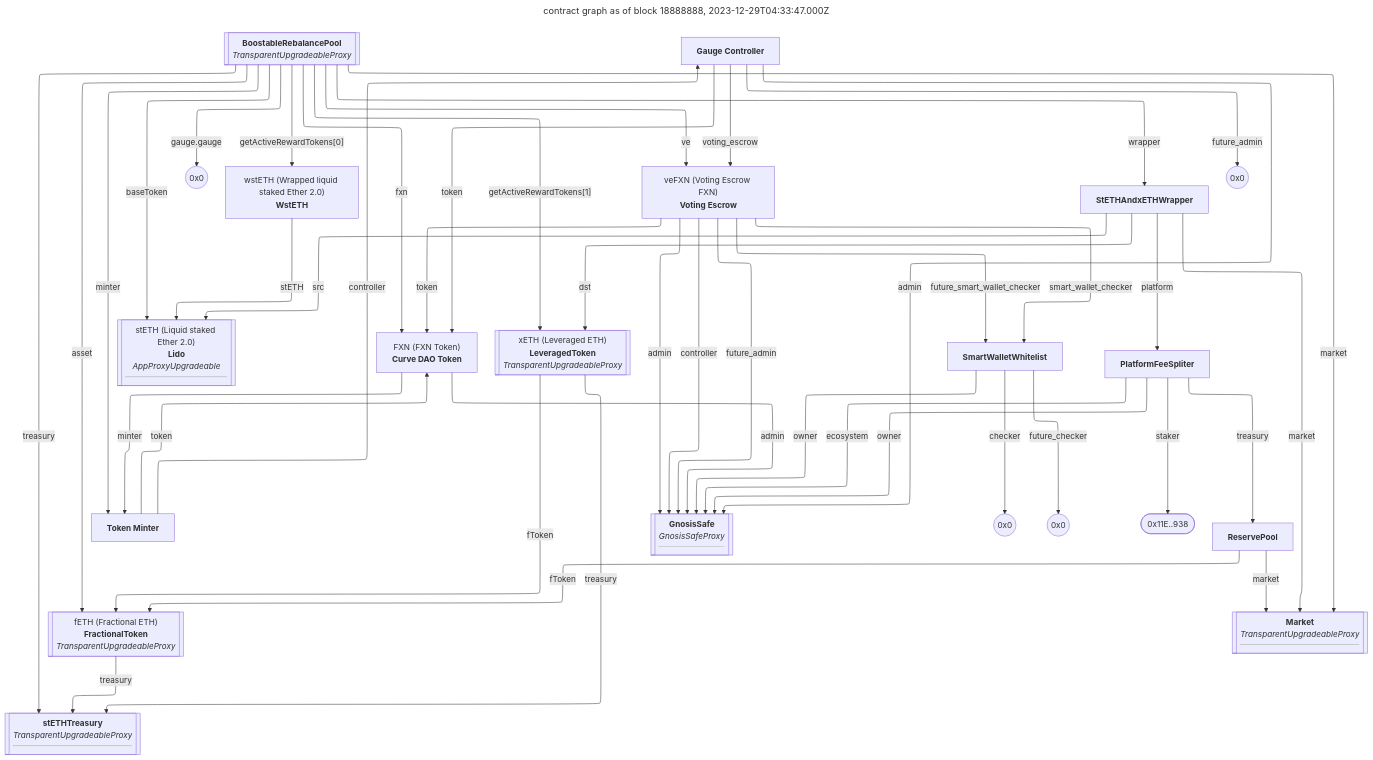
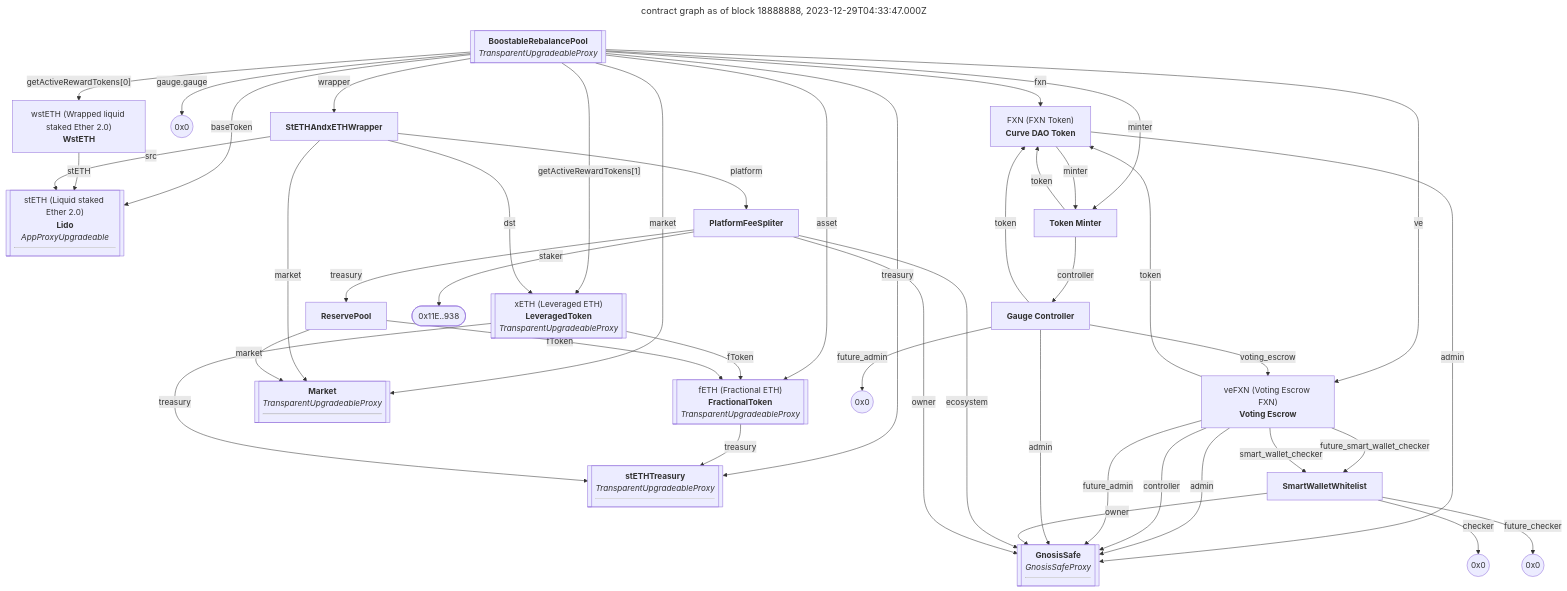
Before and after one commit to rootminus0x1/eat: the diagram in test/results/aladdin-fx-rebalance-pool2-diagram.md, drawn with Mermaid. The commit also changed 8 other files, not shown here.

Commit message:
added configurable diagram renderer tidied loading config added quiet mode

```diff
--- a/test/results/aladdin-fx-rebalance-pool2-diagram.md
+++ b/test/results/aladdin-fx-rebalance-pool2-diagram.md
@@ -2,7 +2,7 @@
 ---
 title: contract graph as of block 18888888, 2023-12-29T04:33:47.000Z
 ---
-%%{init: {"flowchart": {"defaultRenderer": "elk"}} }%%
+%%{init: {"flowchart": {"defaultRenderer": "default"}} }%%
 flowchart TB
 
 0xB87A8332dFb1C76Bb22477dCfEdDeB69865cA9f9[["<b>BoostableRebalancePool</b><br><i>TransparentUpgradeableProxy</i>"]]:::contract
```
